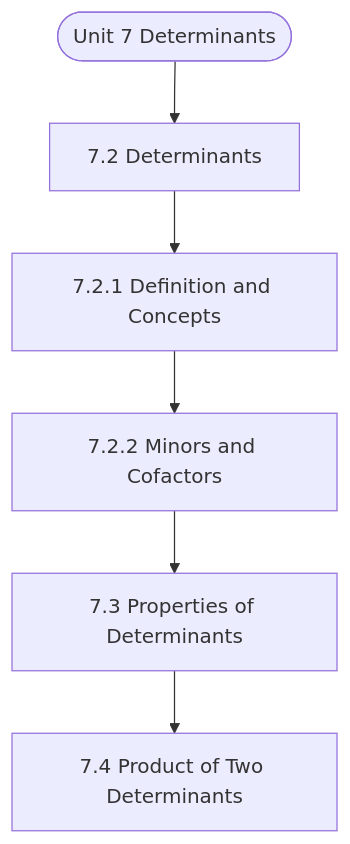
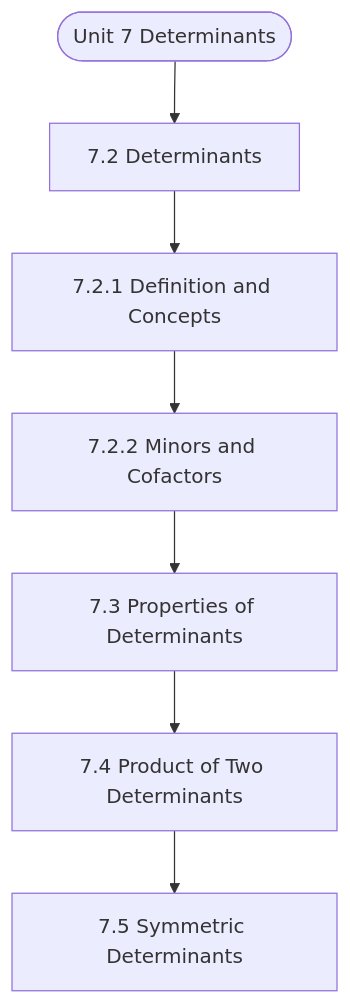
One commit to Asutosh-Coaching/mscdsa changed the diagram in notes/Semester_1/MCS-061_Mathematical_Foundations_-_I/unit_07_Determinants.md. Above: the diagram before and after it, drawn with Mermaid. The commit also changed other lines of this file and 116 other files, not shown here.

````diff
--- a/notes/Semester_1/MCS-061_Mathematical_Foundations_-_I/unit_07_Determinants.md
+++ b/notes/Semester_1/MCS-061_Mathematical_Foundations_-_I/unit_07_Determinants.md
@@ -19,14 +19,16 @@
 ```mermaid
 flowchart TD
   Start(["Unit 7 Determinants"])
   N1["7.2 Determinants"]
   N2["7.2.1 Definition and Concepts"]
   N3["7.2.2 Minors and Cofactors"]
   N4["7.3 Properties of Determinants"]
   N5["7.4 Product of Two Determinants"]
+  N6["7.5 Symmetric Determinants"]
   Start --> N1
   N1 --> N2
   N2 --> N3
   N3 --> N4
   N4 --> N5
+  N5 --> N6
 ```
````
